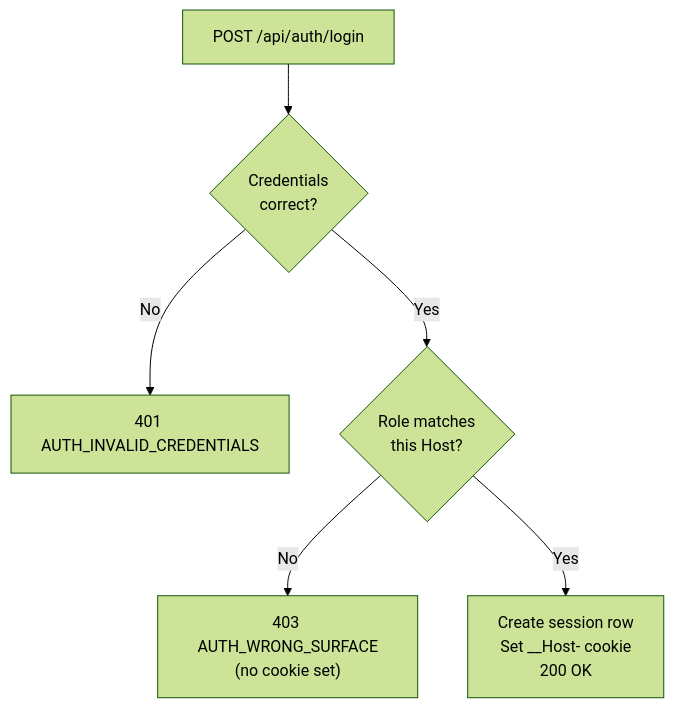
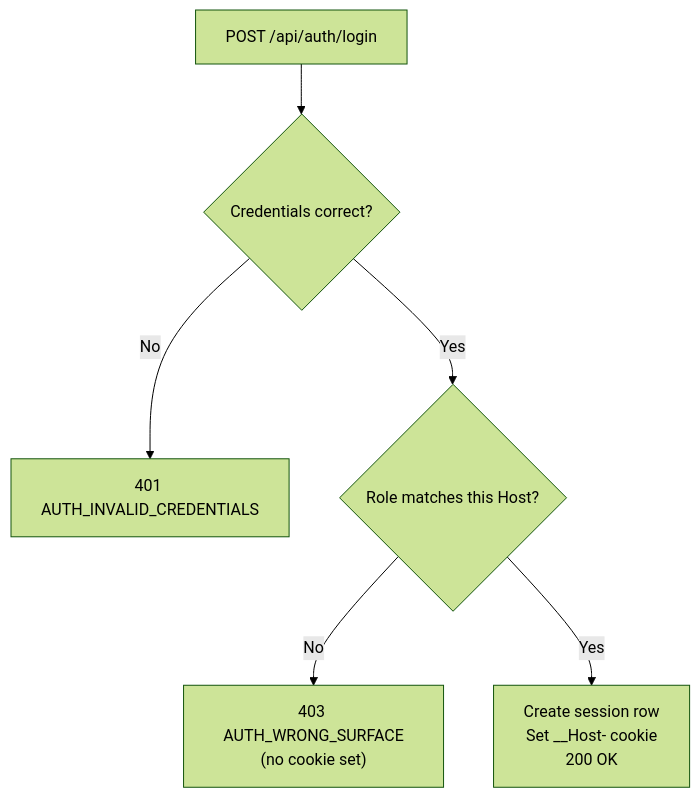
One commit to stemolly/wiki changed the third of 4 diagrams in src/content/docs/architecture/auth-security.md. Above: the diagram before and after it, drawn with Mermaid (forest theme). The commit also changed other lines of this file and 57 other files, not shown here.

````diff
--- a/src/content/docs/architecture/auth-security.md
+++ b/src/content/docs/architecture/auth-security.md
@@ -78,8 +115,8 @@
 ```mermaid
 flowchart TD
-    REQ["POST /api/auth/login"] --> CREDS{"Credentials<br/>correct?"}
+    REQ["POST /api/auth/login"] --> CREDS{"Credentials correct?"}
     CREDS -->|No| R401["401 AUTH_INVALID_CREDENTIALS"]
-    CREDS -->|Yes| SURF{"Role matches<br/>this Host?"}
+    CREDS -->|Yes| SURF{"Role matches this Host?"}
     SURF -->|No| R403["403 AUTH_WRONG_SURFACE<br/>(no cookie set)"]
     SURF -->|Yes| SESSION["Create session row<br/>Set __Host- cookie<br/>200 OK"]
 ```
````
